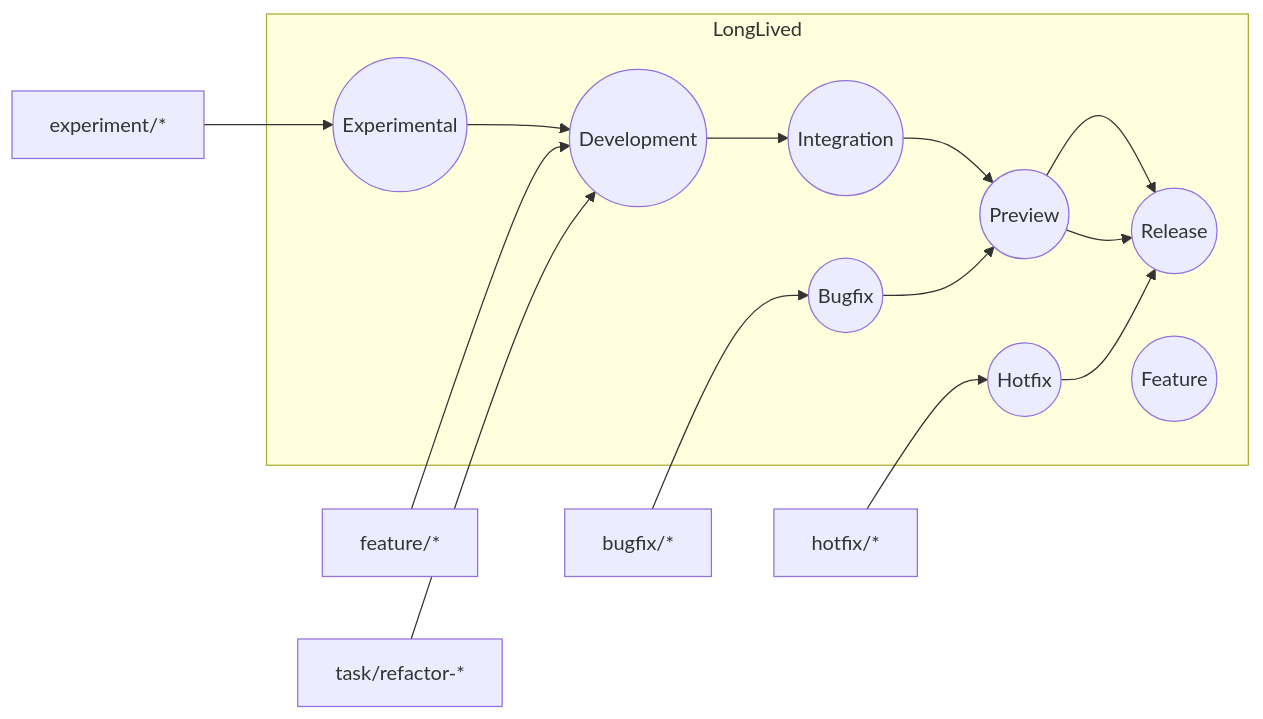
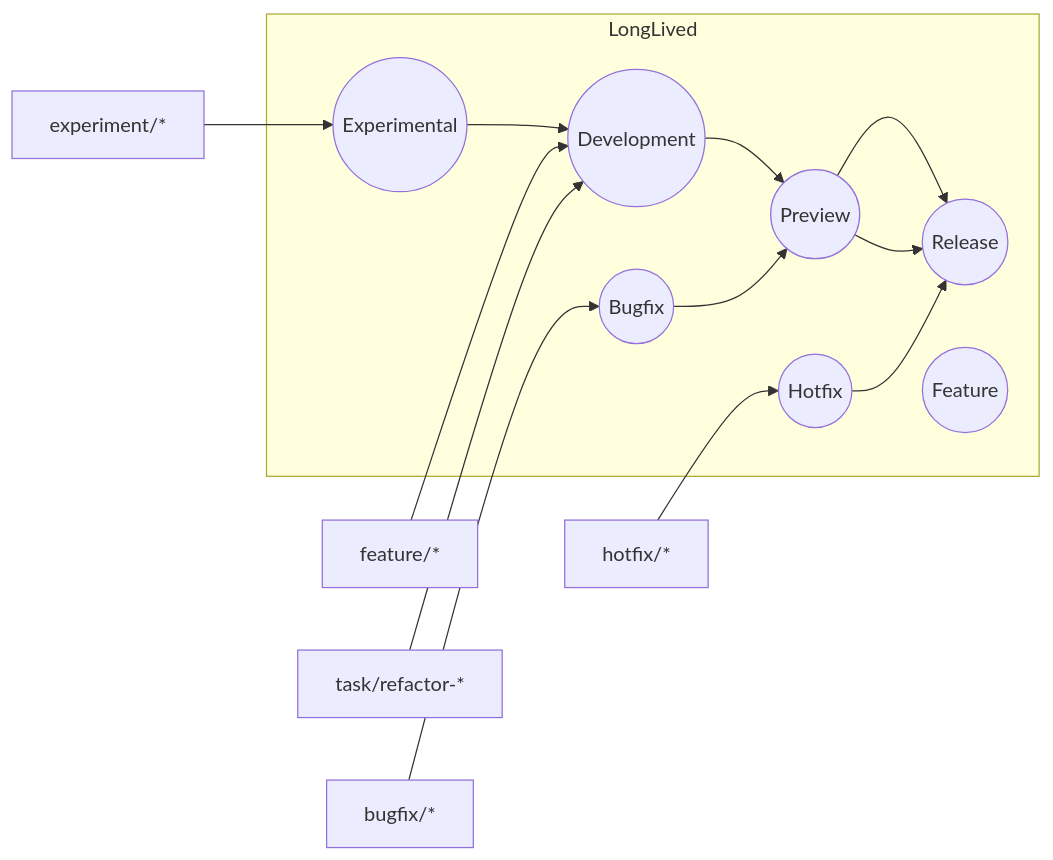
The diagram in README.md (tannergolden/Reference-Repository), drawn with Mermaid before and after one commit.

Commit message:
docs(workflow): remove Integration branch from flow-of-code diagram
We’re simplifying the branching model by removing the **Integration** branch from the “Flow of Code” diagram and related docs.

````diff
--- a/README.md
+++ b/README.md
@@ -244,20 +244,19 @@
 ```mermaid
 flowchart LR
   subgraph LongLived
     Release((Release))
     Preview((Preview))
     Development((Development))
     FeatureBase((Feature))
     BugfixBase((Bugfix))
     HotfixBase((Hotfix))
-    IntegrationBase((Integration))
     ExperimentalBase((Experimental))
   end
 
   featureB[feature/*] --> Development
   taskB[task/refactor-*] --> Development
   experimentB[experiment/*] --> ExperimentalBase --> Development
   bugfixB[bugfix/*] --> BugfixBase --> Preview --> Release
   hotfixB[hotfix/*] --> HotfixBase --> Release
-  Development --> IntegrationBase --> Preview --> Release
+  Development --> Preview --> Release
 ```
````
